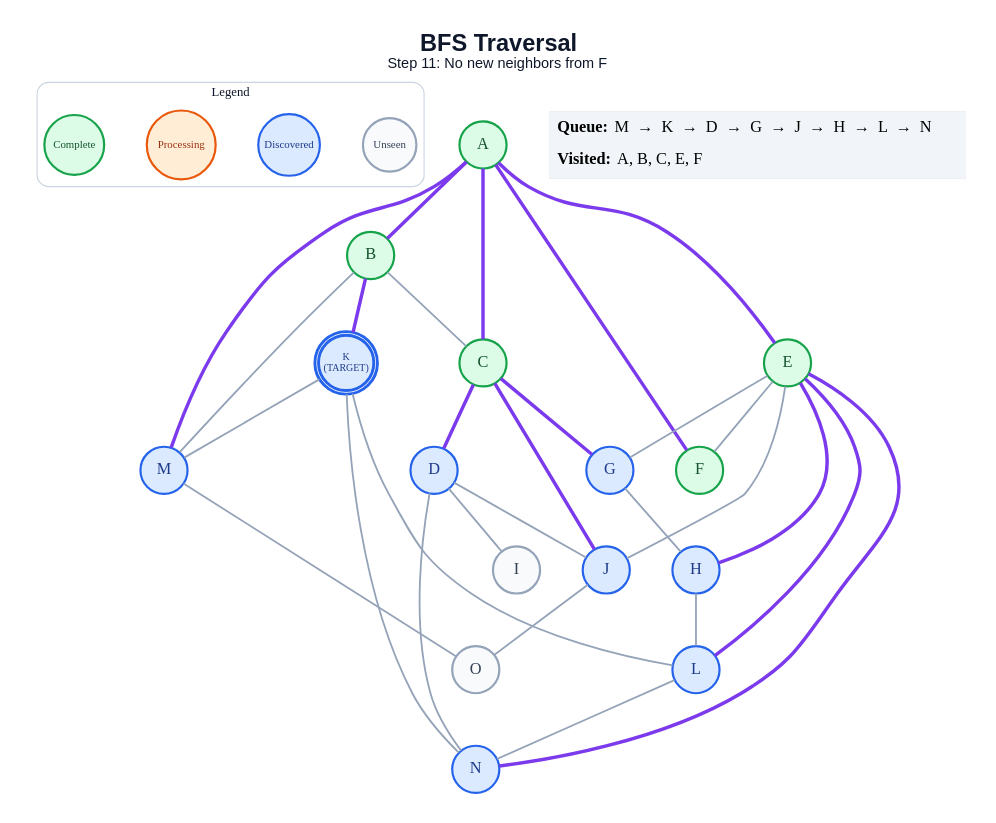
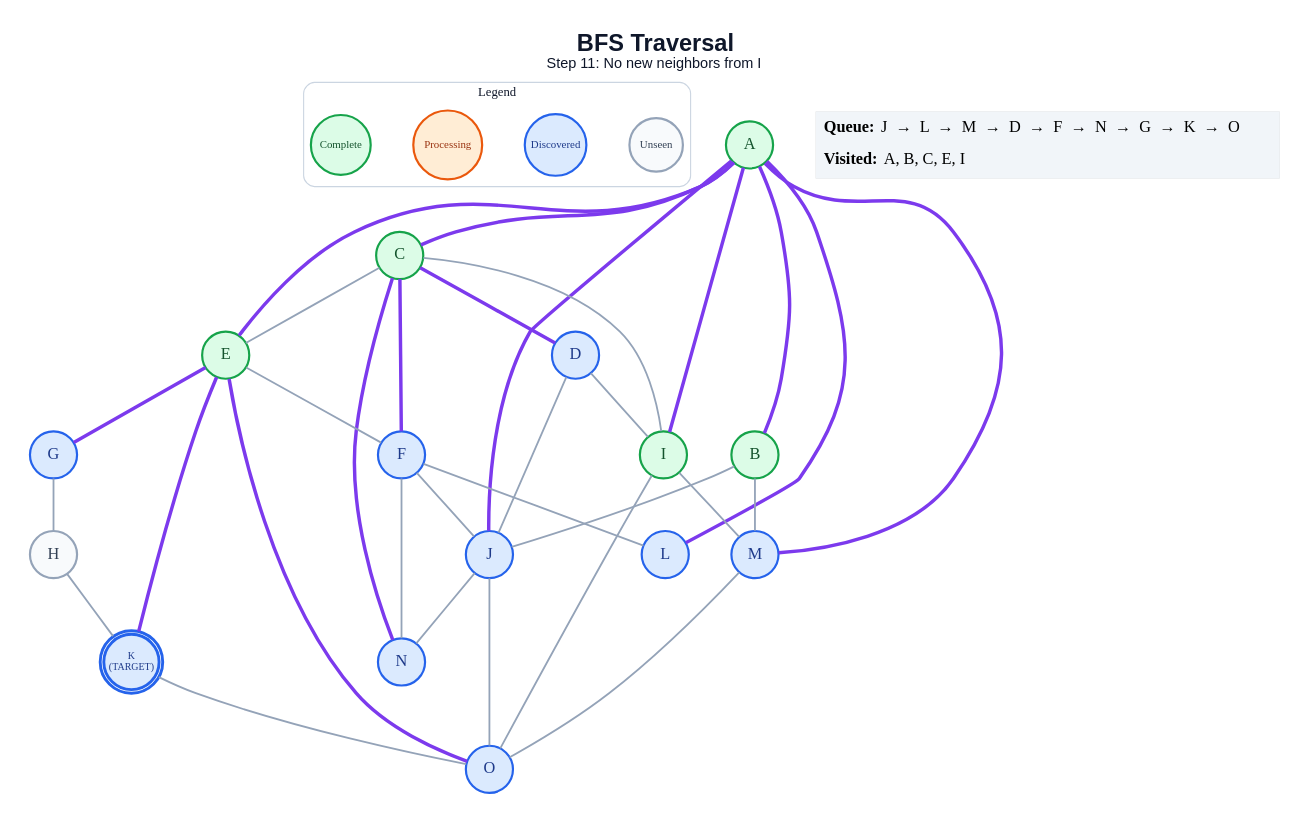
The diagram in generated/specific-node/bfs/step_11.dot (anon7238593-create/ai-slop), drawn with Graphviz before and after one commit. The commit also changed 264 other files, not shown here.

```diff
--- a/generated/specific-node/bfs/step_11.dot
+++ b/generated/specific-node/bfs/step_11.dot
@@ -1,62 +1,65 @@
 graph traversal {
   graph [layout=dot, rankdir=TB, bgcolor="#FFFFFF", pad="0.35", nodesep="0.65", ranksep="0.8", fontname="Arial"];
   node [shape=circle, style="filled", fontname="Arial Bold", fontsize=18, width=0.72, fixedsize=true, penwidth=2.4];
   edge [color="#94A3B8", penwidth=2.0];
-  label=<<B>BFS Traversal</B><BR/><FONT POINT-SIZE="16">Step 11: No new neighbors from F</FONT>>; labelloc="t"; fontsize=26; fontname="Arial"; fontcolor="#0F172A";
+  label=<<B>BFS Traversal</B><BR/><FONT POINT-SIZE="16">Step 11: No new neighbors from I</FONT>>; labelloc="t"; fontsize=26; fontname="Arial"; fontcolor="#0F172A";
   subgraph cluster_legend { label="Legend"; color="#CBD5E1"; penwidth=1.2; style="rounded"; fontsize=14; fontname="Arial Bold";
     key_unseen [label="Unseen", fillcolor="#F8FAFC", color="#94A3B8", fontcolor="#334155", fontsize=12, width=0.82];
     key_frontier [label="Discovered", fillcolor="#DBEAFE", color="#2563EB", fontcolor="#1E3A8A", fontsize=12, width=0.95];
     key_current [label="Processing", fillcolor="#FFEDD5", color="#EA580C", fontcolor="#9A3412", fontsize=12, width=1.05];
     key_done [label="Complete", fillcolor="#DCFCE7", color="#16A34A", fontcolor="#14532D", fontsize=12, width=0.92];
     { rank=same; key_unseen; key_frontier; key_current; key_done; }
   }
   A [label="A", fillcolor="#DCFCE7", color="#16A34A", fontcolor="#14532D", peripheries=1, penwidth=2.4];
   B [label="B", fillcolor="#DCFCE7", color="#16A34A", fontcolor="#14532D", peripheries=1, penwidth=2.4];
   C [label="C", fillcolor="#DCFCE7", color="#16A34A", fontcolor="#14532D", peripheries=1, penwidth=2.4];
   D [label="D", fillcolor="#DBEAFE", color="#2563EB", fontcolor="#1E3A8A", peripheries=1, penwidth=2.4];
   E [label="E", fillcolor="#DCFCE7", color="#16A34A", fontcolor="#14532D", peripheries=1, penwidth=2.4];
-  F [label="F", fillcolor="#DCFCE7", color="#16A34A", fontcolor="#14532D", peripheries=1, penwidth=2.4];
+  F [label="F", fillcolor="#DBEAFE", color="#2563EB", fontcolor="#1E3A8A", peripheries=1, penwidth=2.4];
   G [label="G", fillcolor="#DBEAFE", color="#2563EB", fontcolor="#1E3A8A", peripheries=1, penwidth=2.4];
-  H [label="H", fillcolor="#DBEAFE", color="#2563EB", fontcolor="#1E3A8A", peripheries=1, penwidth=2.4];
-  I [label="I", fillcolor="#F8FAFC", color="#94A3B8", fontcolor="#334155", peripheries=1, penwidth=2.4];
+  H [label="H", fillcolor="#F8FAFC", color="#94A3B8", fontcolor="#334155", peripheries=1, penwidth=2.4];
+  I [label="I", fillcolor="#DCFCE7", color="#16A34A", fontcolor="#14532D", peripheries=1, penwidth=2.4];
   J [label="J", fillcolor="#DBEAFE", color="#2563EB", fontcolor="#1E3A8A", peripheries=1, penwidth=2.4];
   K [label="K\n(TARGET)", fillcolor="#DBEAFE", color="#2563EB", fontcolor="#1E3A8A", peripheries=2, penwidth=3.2, fontsize=11, width=0.85, height=0.85];
   L [label="L", fillcolor="#DBEAFE", color="#2563EB", fontcolor="#1E3A8A", peripheries=1, penwidth=2.4];
   M [label="M", fillcolor="#DBEAFE", color="#2563EB", fontcolor="#1E3A8A", peripheries=1, penwidth=2.4];
   N [label="N", fillcolor="#DBEAFE", color="#2563EB", fontcolor="#1E3A8A", peripheries=1, penwidth=2.4];
-  O [label="O", fillcolor="#F8FAFC", color="#94A3B8", fontcolor="#334155", peripheries=1, penwidth=2.4];
+  O [label="O", fillcolor="#DBEAFE", color="#2563EB", fontcolor="#1E3A8A", peripheries=1, penwidth=2.4];
   A -- B [color="#7C3AED", penwidth=3.8];
   A -- C [color="#7C3AED", penwidth=3.8];
   A -- E [color="#7C3AED", penwidth=3.8];
-  A -- F [color="#7C3AED", penwidth=3.8];
+  A -- I [color="#7C3AED", penwidth=3.8];
+  A -- J [color="#7C3AED", penwidth=3.8];
+  A -- L [color="#7C3AED", penwidth=3.8];
   A -- M [color="#7C3AED", penwidth=3.8];
-  B -- C;
-  B -- K [color="#7C3AED", penwidth=3.8];
+  B -- J;
   B -- M;
   C -- D [color="#7C3AED", penwidth=3.8];
-  C -- G [color="#7C3AED", penwidth=3.8];
-  C -- J [color="#7C3AED", penwidth=3.8];
+  C -- E;
+  C -- F [color="#7C3AED", penwidth=3.8];
+  C -- I;
+  C -- N [color="#7C3AED", penwidth=3.8];
   D -- I;
   D -- J;
-  D -- N;
   E -- F;
-  E -- G;
-  E -- H [color="#7C3AED", penwidth=3.8];
-  E -- J;
-  E -- L [color="#7C3AED", penwidth=3.8];
-  E -- N [color="#7C3AED", penwidth=3.8];
+  E -- G [color="#7C3AED", penwidth=3.8];
+  E -- K [color="#7C3AED", penwidth=3.8];
+  E -- O [color="#7C3AED", penwidth=3.8];
+  F -- J;
+  F -- L;
+  F -- N;
   G -- H;
-  H -- L;
+  H -- K;
+  I -- M;
+  I -- O;
+  J -- N;
   J -- O;
-  K -- L;
-  K -- M;
-  K -- N;
-  L -- N;
+  K -- O;
   M -- O;
   status [shape=plain, fixedsize=false, width=0, height=0, margin=0, label=<
     <TABLE BORDER="0" CELLBORDER="0" CELLPADDING="7" BGCOLOR="#F1F5F9">
-      <TR><TD ALIGN="LEFT"><B>Queue:</B> M  →  K  →  D  →  G  →  J  →  H  →  L  →  N</TD></TR>
-      <TR><TD ALIGN="LEFT"><B>Visited:</B> A, B, C, E, F</TD></TR>
+      <TR><TD ALIGN="LEFT"><B>Queue:</B> J  →  L  →  M  →  D  →  F  →  N  →  G  →  K  →  O</TD></TR>
+      <TR><TD ALIGN="LEFT"><B>Visited:</B> A, B, C, E, I</TD></TR>
     </TABLE>
   >];
 }
```
